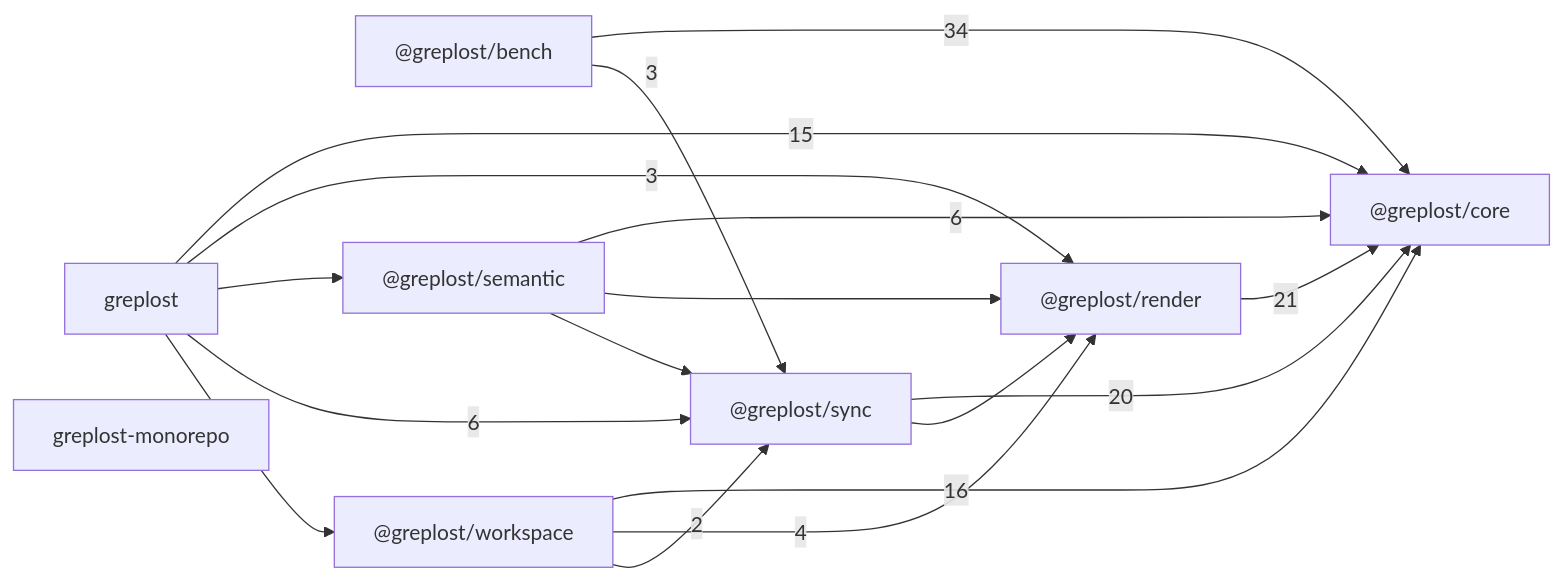
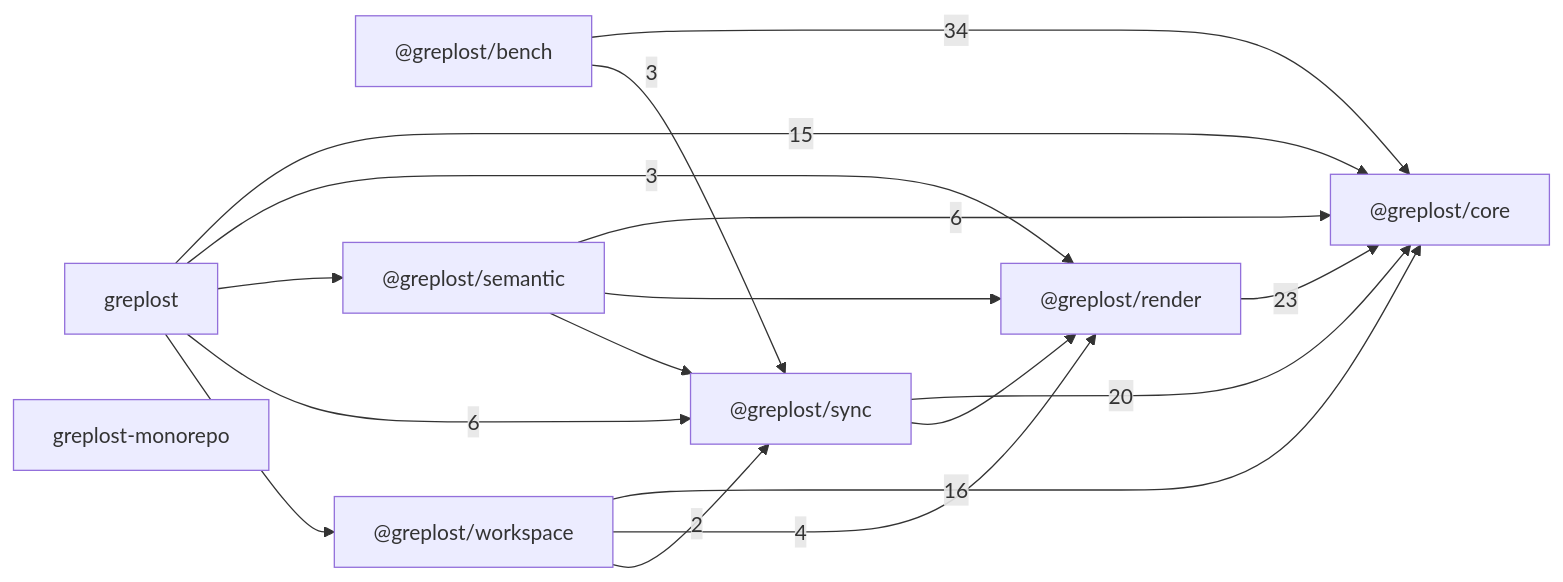
One commit to sns45/greplost changed the diagram in .greplost/repo/MAP.md. Above: the diagram before and after it, drawn with Mermaid. The commit also changed other lines of this file and 5 other files, not shown here.

````diff
--- a/.greplost/repo/MAP.md
+++ b/.greplost/repo/MAP.md
@@ -21,27 +21,27 @@
 ```mermaid
 graph LR
   _greplost_bench["@greplost/bench"]
   _greplost_core["@greplost/core"]
   _greplost_render["@greplost/render"]
   _greplost_semantic["@greplost/semantic"]
   _greplost_sync["@greplost/sync"]
   _greplost_workspace["@greplost/workspace"]
   greplost["greplost"]
   greplost_monorepo["greplost-monorepo"]
   _greplost_bench -->|34| _greplost_core
   _greplost_bench -->|3| _greplost_sync
-  _greplost_render -->|21| _greplost_core
+  _greplost_render -->|23| _greplost_core
   _greplost_semantic -->|6| _greplost_core
   _greplost_semantic --> _greplost_render
   _greplost_semantic --> _greplost_sync
   _greplost_sync -->|20| _greplost_core
   _greplost_sync --> _greplost_render
   _greplost_workspace -->|16| _greplost_core
   _greplost_workspace -->|4| _greplost_render
   _greplost_workspace -->|2| _greplost_sync
   greplost -->|15| _greplost_core
   greplost -->|3| _greplost_render
   greplost --> _greplost_semantic
   greplost -->|6| _greplost_sync
   greplost --> _greplost_workspace
 ```
````
